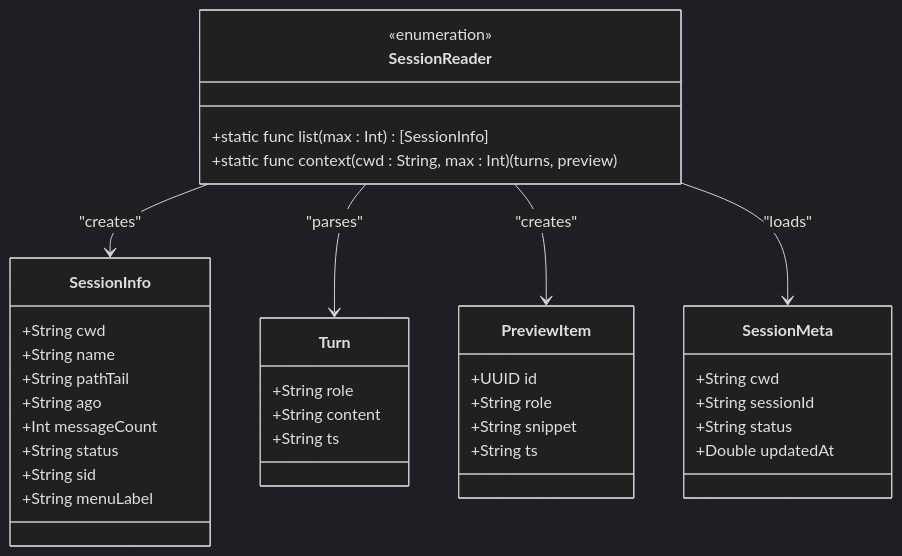
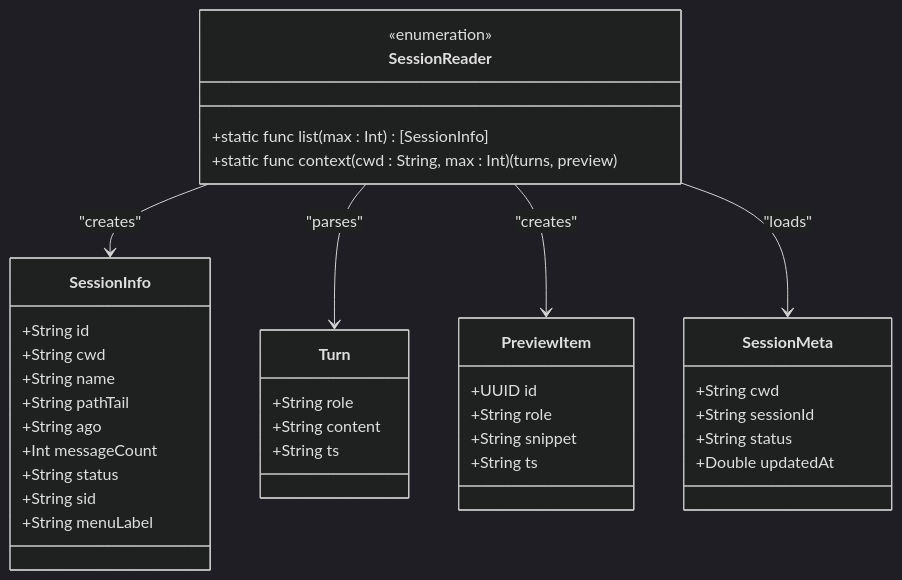
The eighth of 27 diagrams in .qoder/repowiki/zh/content/核心架构/会话管理系统.md (WyRainBow/PromptCocoPilot), drawn with Mermaid (dark theme) before and after one commit. The commit also changed other lines of this file and 54 other files, not shown here.

````diff
--- a/.qoder/repowiki/zh/content/核心架构/会话管理系统.md
+++ b/.qoder/repowiki/zh/content/核心架构/会话管理系统.md
@@ -381,39 +475,40 @@
 ```mermaid
 classDiagram
 class SessionReader {
 <<enumeration>>
 +static func list(max : Int) [SessionInfo]
 +static func context(cwd : String, max : Int) (turns, preview)
 }
 class SessionInfo {
++String id
 +String cwd
 +String name
 +String pathTail
 +String ago
 +Int messageCount
 +String status
 +String sid
 +String menuLabel
 }
 class Turn {
 +String role
 +String content
 +String ts
 }
 class PreviewItem {
 +UUID id
 +String role
 +String snippet
 +String ts
 }
 class SessionMeta {
 +String cwd
 +String sessionId
 +String status
 +Double updatedAt
 }
 SessionReader --> SessionInfo : "creates"
 SessionReader --> Turn : "parses"
 SessionReader --> PreviewItem : "creates"
 SessionReader --> SessionMeta : "loads"
 ```
````
